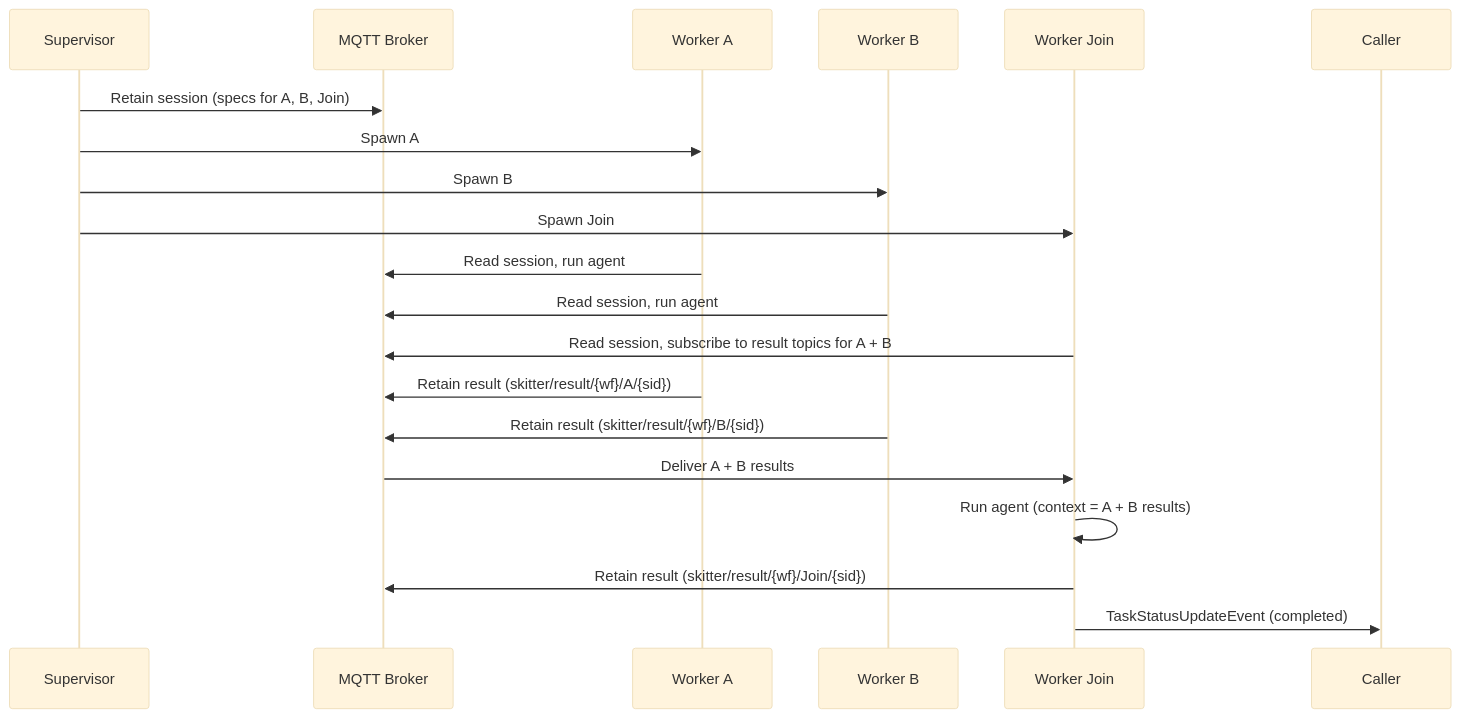
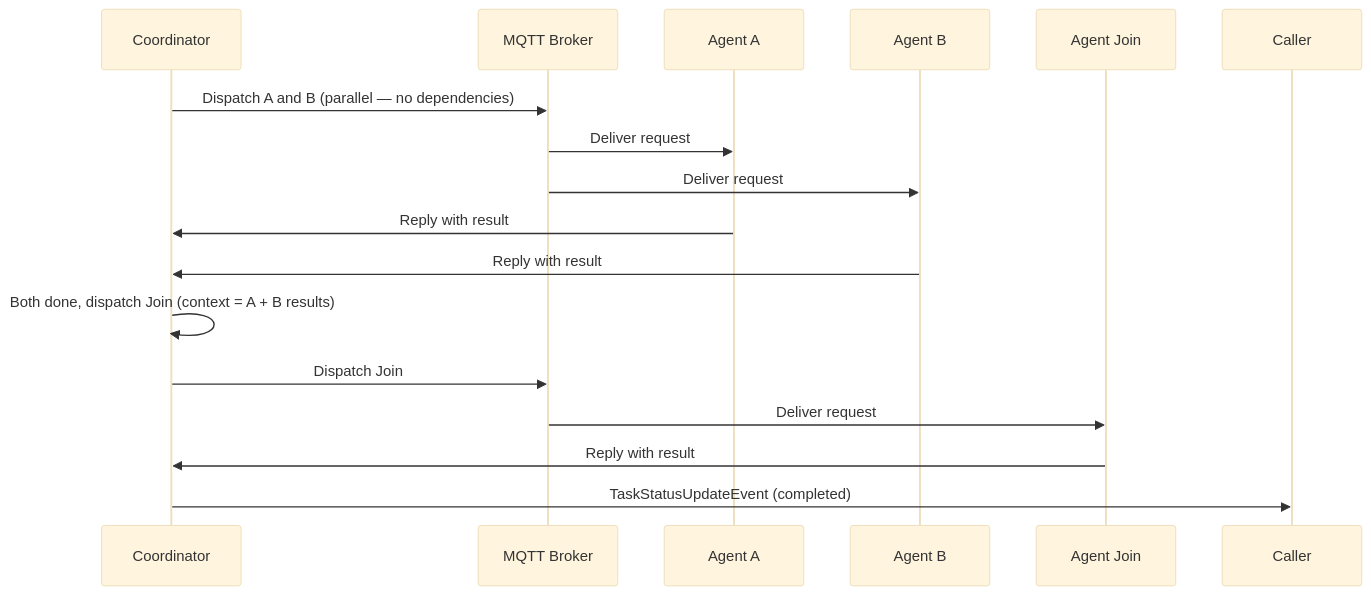
Before and after one commit to id/skitter: the third of 4 diagrams in docs/architecture.md, drawn with Mermaid (base theme). The commit also changed other lines of this file and 11 other files, not shown here.

````diff
--- a/docs/architecture.md
+++ b/docs/architecture.md
@@ -103,22 +104,19 @@
 ```mermaid
 sequenceDiagram
-    participant S as Supervisor
+    participant Co as Coordinator
     participant B as MQTT Broker
-    participant WA as Worker A
-    participant WB as Worker B
-    participant WJ as Worker Join
+    participant A1 as Agent A
+    participant A2 as Agent B
+    participant AJ as Agent Join
 
-    S->>B: Retain session (specs for A, B, Join)
-    S->>WA: Spawn A
-    S->>WB: Spawn B
-    S->>WJ: Spawn Join
-    WA->>B: Read session, run agent
-    WB->>B: Read session, run agent
-    WJ->>B: Read session, subscribe to result topics for A + B
-    WA->>B: Retain result (skitter/result/{wf}/A/{sid})
-    WB->>B: Retain result (skitter/result/{wf}/B/{sid})
-    B->>WJ: Deliver A + B results
-    WJ->>WJ: Run agent (context = A + B results)
-    WJ->>B: Retain result (skitter/result/{wf}/Join/{sid})
-    WJ->>Caller: TaskStatusUpdateEvent (completed)
+    Co->>B: Dispatch A and B (parallel — no dependencies)
+    B->>A1: Deliver request
+    B->>A2: Deliver request
+    A1->>Co: Reply with result
+    A2->>Co: Reply with result
+    Co->>Co: Both done, dispatch Join (context = A + B results)
+    Co->>B: Dispatch Join
+    B->>AJ: Deliver request
+    AJ->>Co: Reply with result
+    Co->>Caller: TaskStatusUpdateEvent (completed)
 ```
````
